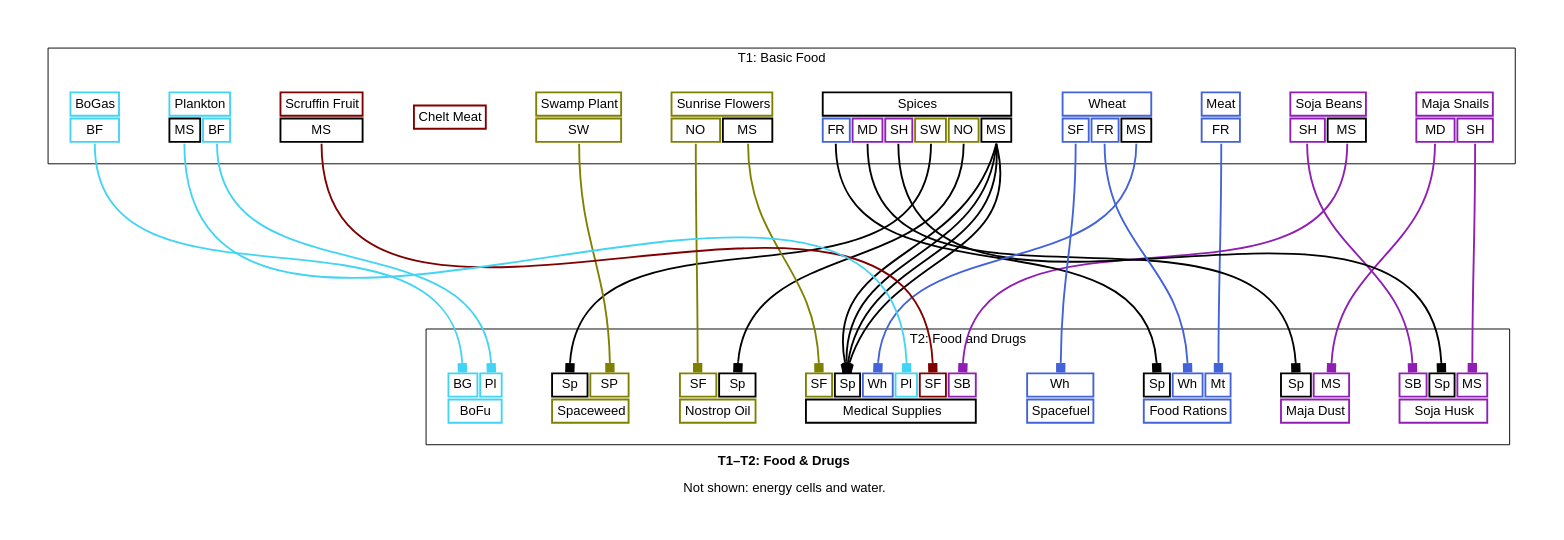
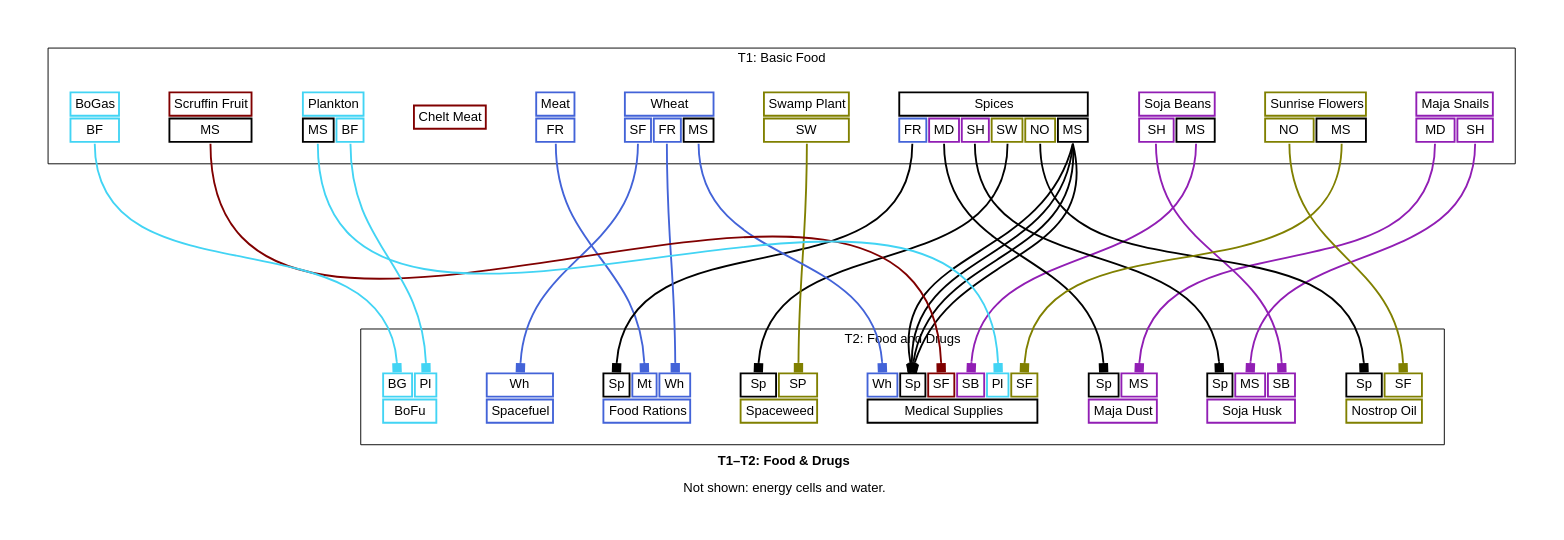
One commit to borntyping/x4-diagrams changed the diagram in docs/t1_t2_food_drugs_graph_simplified.dot. Above: the diagram before and after it, drawn with Graphviz. The commit also changed other lines of this file and 47 other files, not shown here.

```diff
--- a/docs/t1_t2_food_drugs_graph_simplified.dot
+++ b/docs/t1_t2_food_drugs_graph_simplified.dot
@@ -188,9 +188,9 @@
       
         <td align="text" bgcolor="white" color="#000000" port="spices">Sp</td>
       
+        <td align="text" bgcolor="white" color="#4363d8" port="meat">Mt</td>
+      
         <td align="text" bgcolor="white" color="#4363d8" port="wheat">Wh</td>
-      
-        <td align="text" bgcolor="white" color="#4363d8" port="meat">Mt</td>
       
     </tr>
   
@@ -218,11 +218,11 @@
   
     <tr>
       
-        <td align="text" bgcolor="white" color="#911eb4" port="soja_beans">SB</td>
-      
         <td align="text" bgcolor="white" color="#000000" port="spices">Sp</td>
       
         <td align="text" bgcolor="white" color="#911eb4" port="maja_snails">MS</td>
+      
+        <td align="text" bgcolor="white" color="#911eb4" port="soja_beans">SB</td>
       
     </tr>
   
@@ -250,9 +250,9 @@
   
     <tr>
       
+        <td align="text" bgcolor="white" color="#000000" port="spices">Sp</td>
+      
         <td align="text" bgcolor="white" color="#808000" port="sunrise_flowers">SF</td>
-      
-        <td align="text" bgcolor="white" color="#000000" port="spices">Sp</td>
       
     </tr>
   
@@ -265,17 +265,17 @@
   
     <tr>
       
-        <td align="text" bgcolor="white" color="#808000" port="sunrise_flowers">SF</td>
+        <td align="text" bgcolor="white" color="#4363d8" port="wheat">Wh</td>
       
         <td align="text" bgcolor="white" color="#000000" port="spices">Sp</td>
-      
-        <td align="text" bgcolor="white" color="#4363d8" port="wheat">Wh</td>
-      
-        <td align="text" bgcolor="white" color="#42d4f4" port="plankton">Pl</td>
       
         <td align="text" bgcolor="white" color="#800000" port="scruffin_fruits">SF</td>
       
         <td align="text" bgcolor="white" color="#911eb4" port="soja_beans">SB</td>
+      
+        <td align="text" bgcolor="white" color="#42d4f4" port="plankton">Pl</td>
+      
+        <td align="text" bgcolor="white" color="#808000" port="sunrise_flowers">SF</td>
       
     </tr>
   
```
